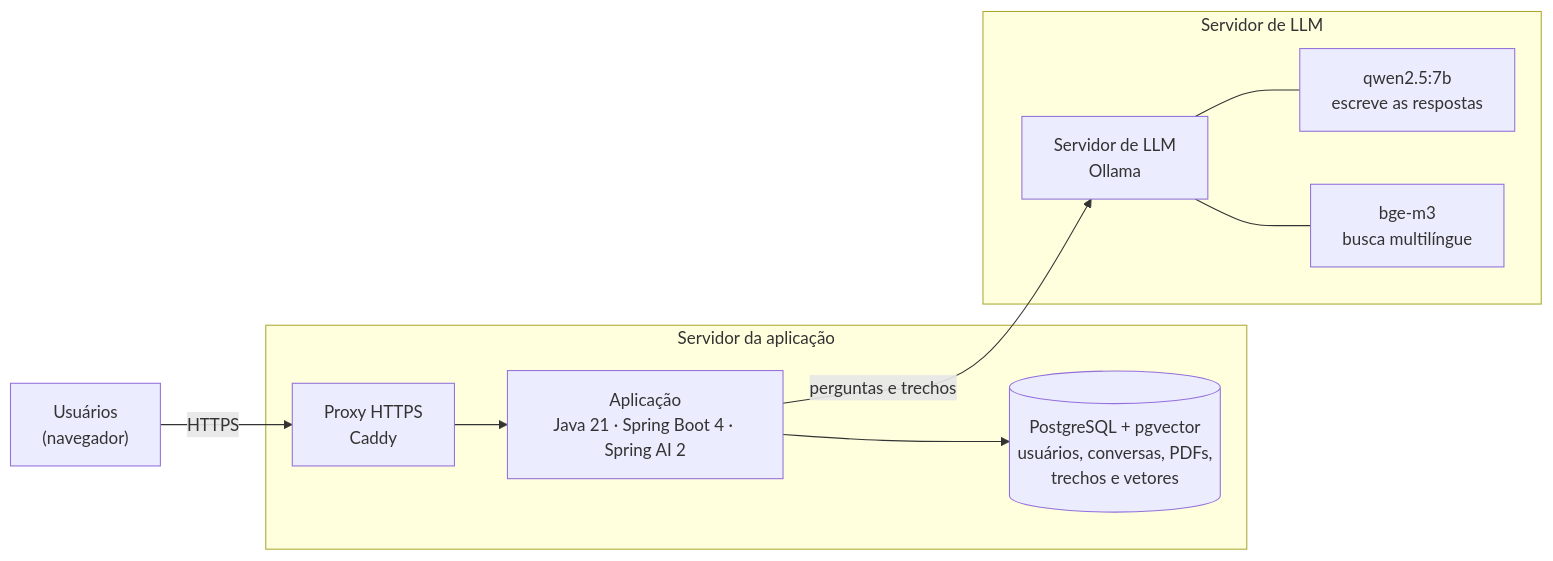
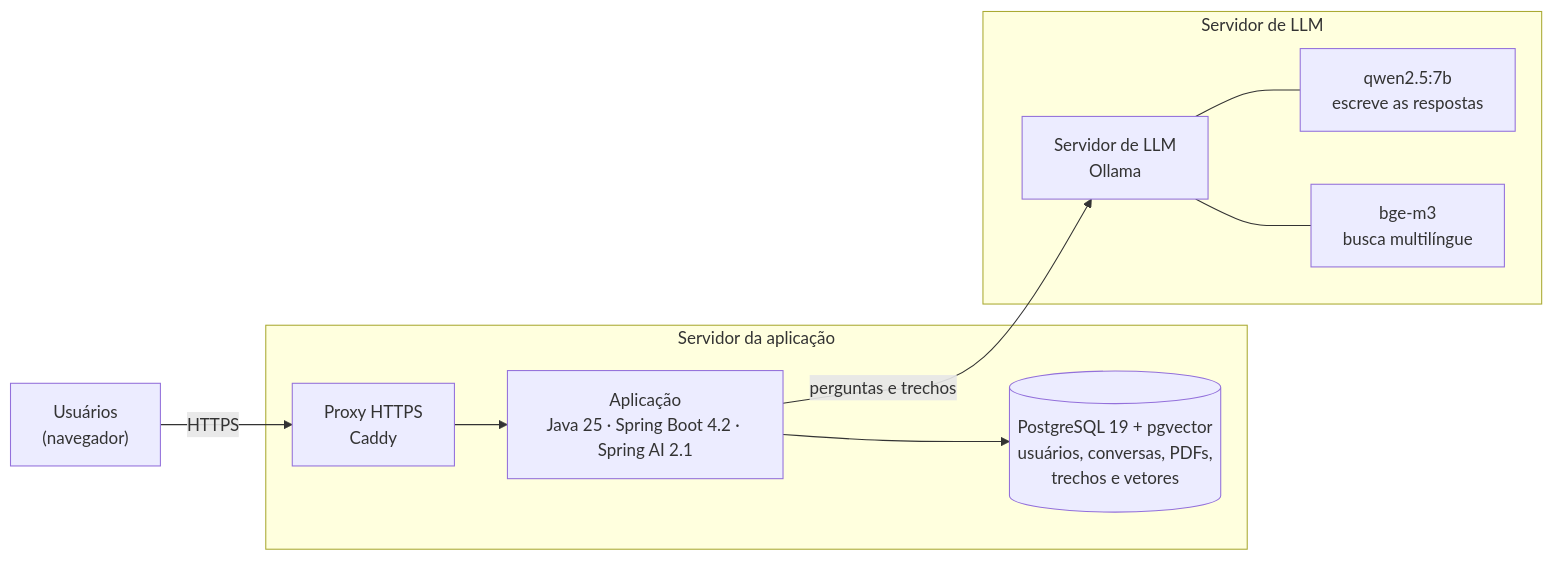
One commit to jonales/assistente-documentos-apresentacao changed the first of 2 diagrams in README.md. Above: the diagram before and after it, drawn with Mermaid. The commit also changed other lines of this file and 9 other files, not shown here.

````diff
--- a/README.md
+++ b/README.md
@@ -81,20 +81,20 @@
 ```mermaid
 flowchart LR
     U["Usuários<br/>(navegador)"] -->|HTTPS| P["Proxy HTTPS<br/>Caddy"]
-    P --> A["Aplicação<br/>Java 21 · Spring Boot 4 · Spring AI 2"]
-    A --> DB[("PostgreSQL + pgvector<br/>usuários, conversas, PDFs,<br/>trechos e vetores")]
+    P --> A["Aplicação<br/>Java 25 · Spring Boot 4.2 · Spring AI 2.1"]
+    A --> DB[("PostgreSQL 19 + pgvector<br/>usuários, conversas, PDFs,<br/>trechos e vetores")]
     A -->|"perguntas e trechos"| L["Servidor de LLM<br/>Ollama"]
     L --- M1["qwen2.5:7b<br/>escreve as respostas"]
     L --- M2["bge-m3<br/>busca multilíngue"]
 
     subgraph S1 ["Servidor da aplicação"]
         P
         A
         DB
     end
     subgraph S2 ["Servidor de LLM"]
         L
         M1
         M2
     end
 ```
````
